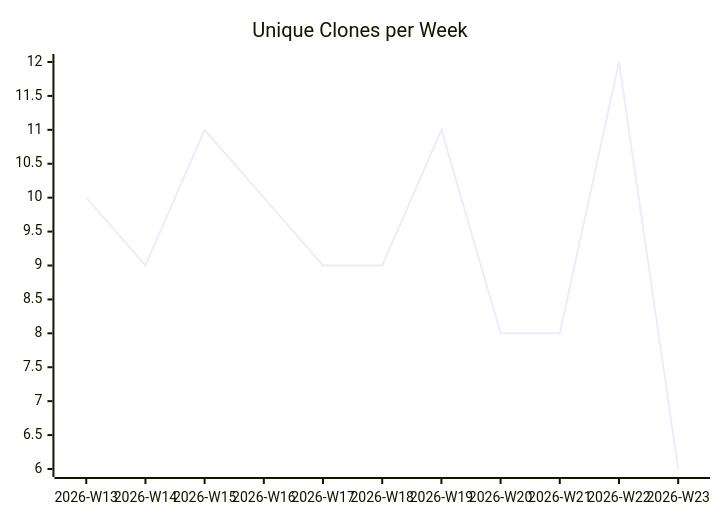
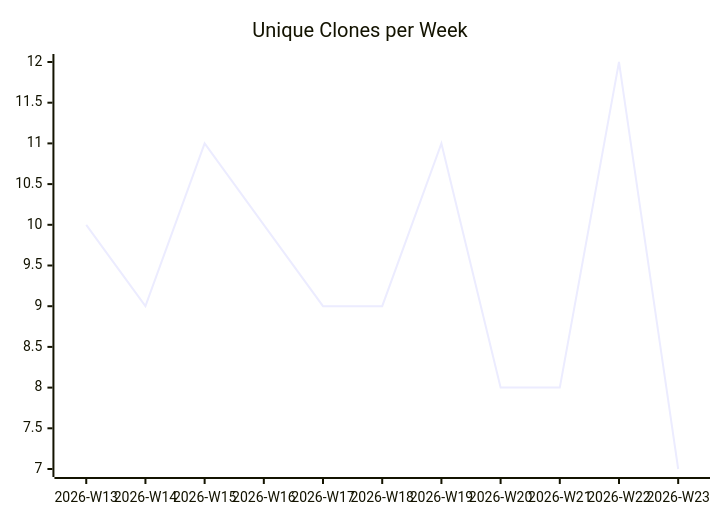
One commit to justdavis-family/github-analytics-data changed the third of 3 diagrams in karlmdavis/usgs-water-api-java/README.md. Above: the diagram before and after it, drawn with Mermaid. The commit also changed other lines of this file and 186 other files, not shown here.

````diff
--- a/karlmdavis/usgs-water-api-java/README.md
+++ b/karlmdavis/usgs-water-api-java/README.md
@@ -19,6 +19,6 @@
 ```mermaid
 xychart-beta
   title "Unique Clones per Week"
   x-axis ["2026-W13", "2026-W14", "2026-W15", "2026-W16", "2026-W17", "2026-W18", "2026-W19", "2026-W20", "2026-W21", "2026-W22", "2026-W23"]
-  line [10, 9, 11, 10, 9, 9, 11, 8, 8, 12, 6]
+  line [10, 9, 11, 10, 9, 9, 11, 8, 8, 12, 7]
 ```
````
